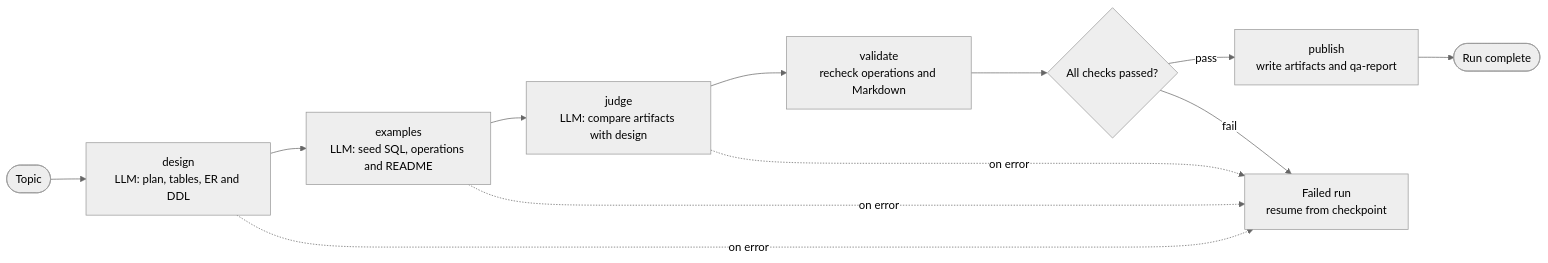
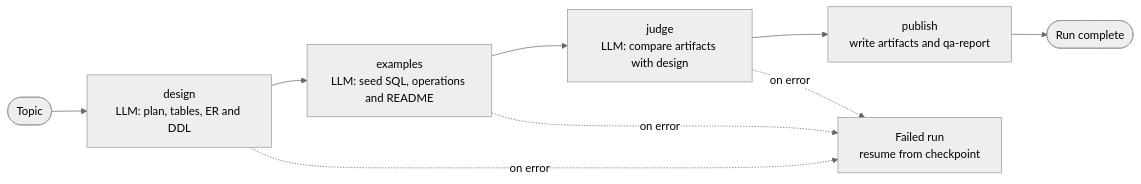
The first of 2 diagrams in README.md (edikjs/db-pet-gen), drawn with Mermaid (neutral theme) before and after one commit. The commit also changed other lines of this file and 22 other files, not shown here.

````diff
--- a/README.md
+++ b/README.md
@@ -175,14 +173,11 @@
 ```mermaid
 flowchart LR
     T(["Topic"]) --> D["design<br/>LLM: plan, tables, ER and DDL"]
     D --> X["examples<br/>LLM: seed SQL, operations and README"]
     X --> J["judge<br/>LLM: compare artifacts with design"]
-    J --> V["validate<br/>recheck operations and Markdown"]
-    V --> Q{"All checks passed?"}
-    Q -- pass --> P["publish<br/>write artifacts and qa-report"]
-    Q -- fail --> F["Failed run<br/>resume from checkpoint"]
+    J --> P["publish<br/>write artifacts and qa-report"]
     P --> Z(["Run complete"])
-    D -. on error .-> F
+    D -. on error .-> F["Failed run<br/>resume from checkpoint"]
     X -. on error .-> F
     J -. on error .-> F
 ```
````
